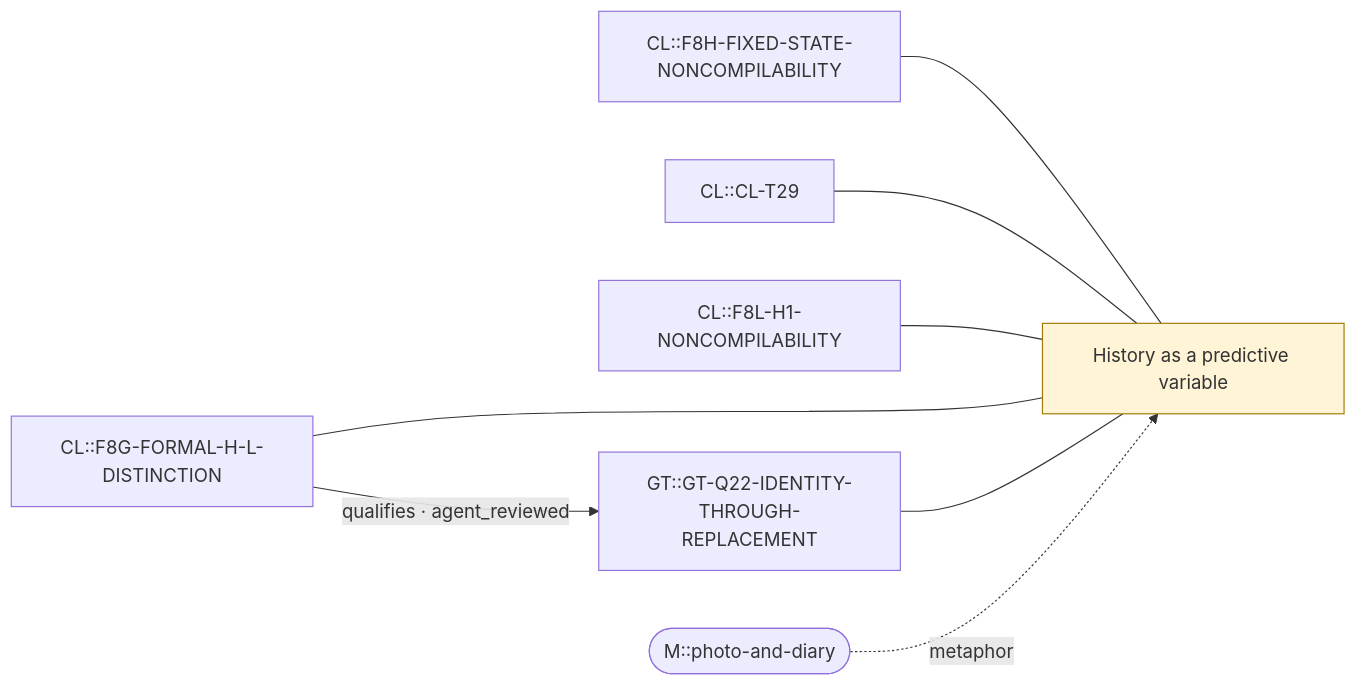
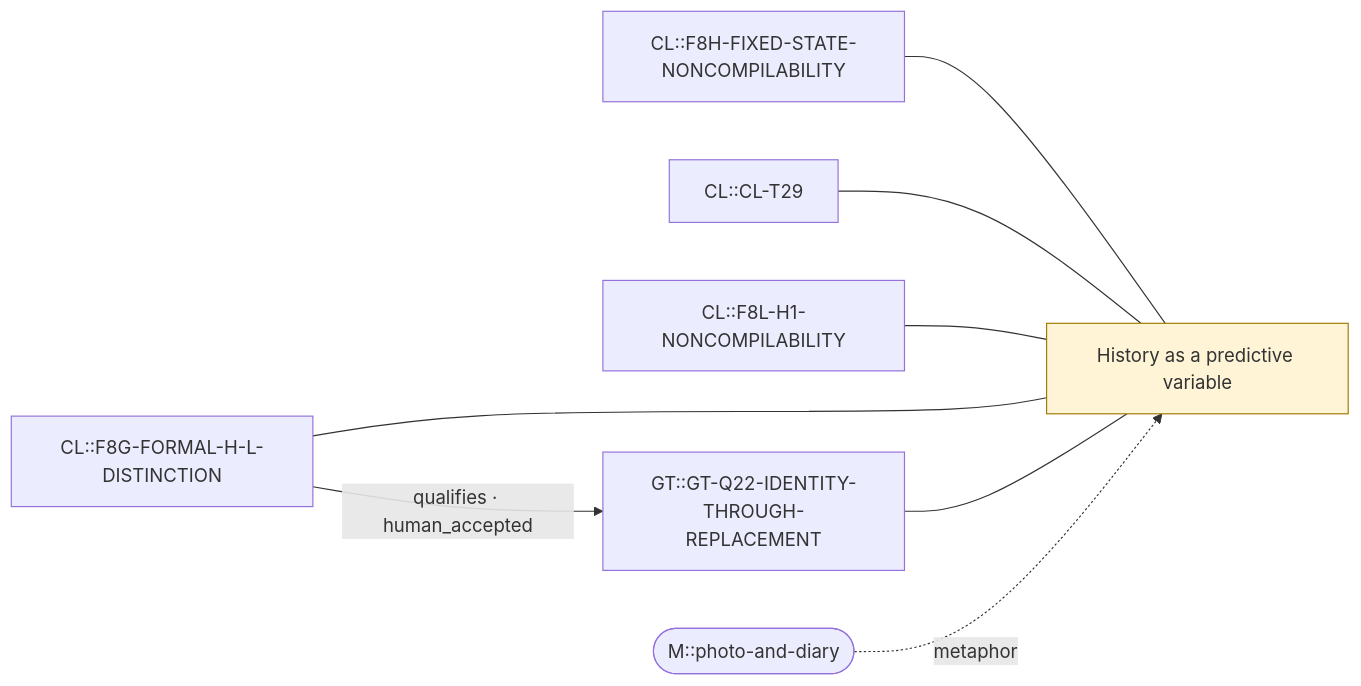
The diagram in research-synthesis/generated/themes/history-as-predictive-variable.mmd (gellsmore-svg/Relational-Substrate), drawn with Mermaid before and after one commit. The commit also changed 39 other files, not shown here.

First line of the commit message:
research-synthesis: implicit human acceptance through the round trip (RT-0001, AD-0002)

```diff
--- a/research-synthesis/generated/themes/history-as-predictive-variable.mmd
+++ b/research-synthesis/generated/themes/history-as-predictive-variable.mmd
@@ -1,10 +1,10 @@
 graph LR
   n_C__history_as_predictive_variable["History as a predictive variable"]:::concept
   n_CL__F8H_FIXED_STATE_NONCOMPILABILITY["CL::F8H-FIXED-STATE-NONCOMPILABILITY"] --- n_C__history_as_predictive_variable
   n_CL__CL_T29["CL::CL-T29"] --- n_C__history_as_predictive_variable
   n_CL__F8L_H1_NONCOMPILABILITY["CL::F8L-H1-NONCOMPILABILITY"] --- n_C__history_as_predictive_variable
   n_CL__F8G_FORMAL_H_L_DISTINCTION["CL::F8G-FORMAL-H-L-DISTINCTION"] --- n_C__history_as_predictive_variable
   n_GT__GT_Q22_IDENTITY_THROUGH_REPLACEMENT["GT::GT-Q22-IDENTITY-THROUGH-REPLACEMENT"] --- n_C__history_as_predictive_variable
-  n_CL__F8G_FORMAL_H_L_DISTINCTION -->|qualifies · agent_reviewed| n_GT__GT_Q22_IDENTITY_THROUGH_REPLACEMENT
+  n_CL__F8G_FORMAL_H_L_DISTINCTION -->|qualifies · human_accepted| n_GT__GT_Q22_IDENTITY_THROUGH_REPLACEMENT
   n_M__photo_and_diary(["M::photo-and-diary"]) -.->|metaphor| n_C__history_as_predictive_variable
   classDef concept fill:#fff4d6,stroke:#a07a00
```
